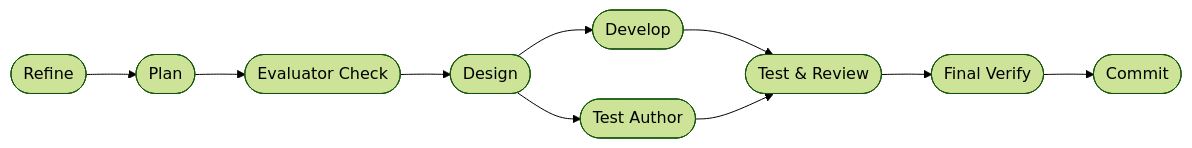
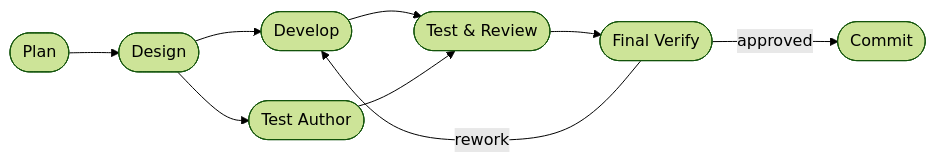
The diagram in .dev/DASHBOARD.md (hjhun/dormammu), drawn with Mermaid (forest theme) before and after one commit. The commit also changed other lines of this file and 9 other files, not shown here.

````diff
--- a/.dev/DASHBOARD.md
+++ b/.dev/DASHBOARD.md
@@ -23,12 +24,11 @@
 ```mermaid
 flowchart LR
-    refine([Refine]) --> plan([Plan])
-    plan --> eval_check([Evaluator Check])
-    eval_check --> design([Design])
+    plan([Plan]) --> design([Design])
     design --> develop([Develop])
     design --> test_author([Test Author])
     develop --> test_review([Test & Review])
     test_author --> test_review
     test_review --> final_verify([Final Verify])
-    final_verify --> commit([Commit])
+    final_verify -->|approved| commit([Commit])
+    final_verify -->|rework| develop
 ```
````
